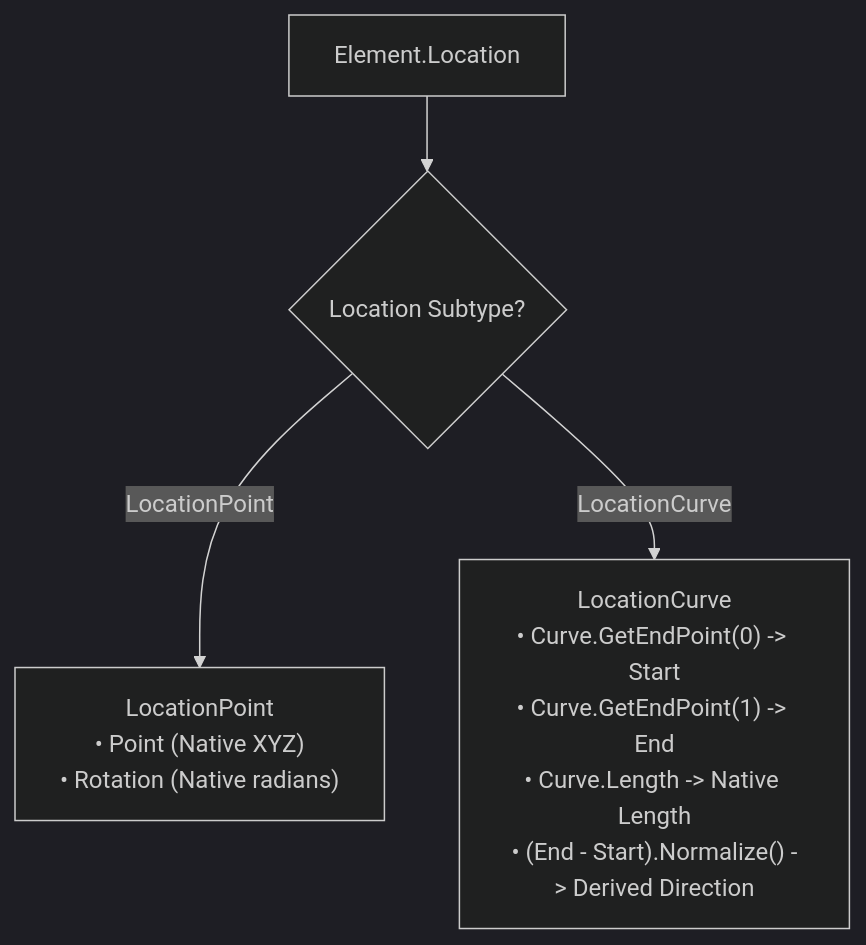
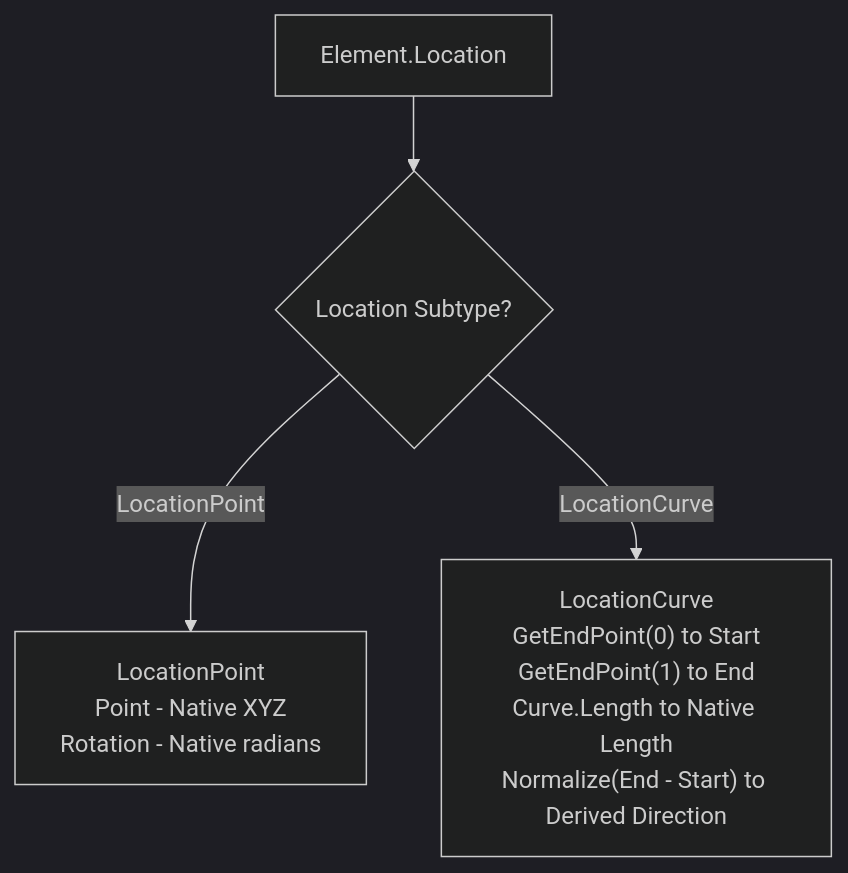
Before and after one commit to Mustafa-TOMMY/CommandSamplesRevitApiVer2025: the seventh of 31 diagrams in RevitApiSamples/Samples/TransformModule/TransformModule.md, drawn with Mermaid (dark theme). The commit also changed other lines of this file, not shown here.

Commit message:
Update the mermaid sections

````diff
--- a/RevitApiSamples/Samples/TransformModule/TransformModule.md
+++ b/RevitApiSamples/Samples/TransformModule/TransformModule.md
@@ -244,6 +246,6 @@
 ```mermaid
 flowchart TD
     LOC["Element.Location"] --> CHECK{Location Subtype?}
-    CHECK -->|LocationPoint| LP["LocationPoint\n• Point (Native XYZ)\n• Rotation (Native radians)"]
-    CHECK -->|LocationCurve| LC["LocationCurve\n• Curve.GetEndPoint(0) -> Start\n• Curve.GetEndPoint(1) -> End\n• Curve.Length -> Native Length\n• (End - Start).Normalize() -> Derived Direction"]
+    CHECK -->|LocationPoint| LP["LocationPoint<br/>Point - Native XYZ<br/>Rotation - Native radians"]
+    CHECK -->|LocationCurve| LC["LocationCurve<br/>GetEndPoint(0) to Start<br/>GetEndPoint(1) to End<br/>Curve.Length to Native Length<br/>Normalize(End - Start) to Derived Direction"]
 ```
````
